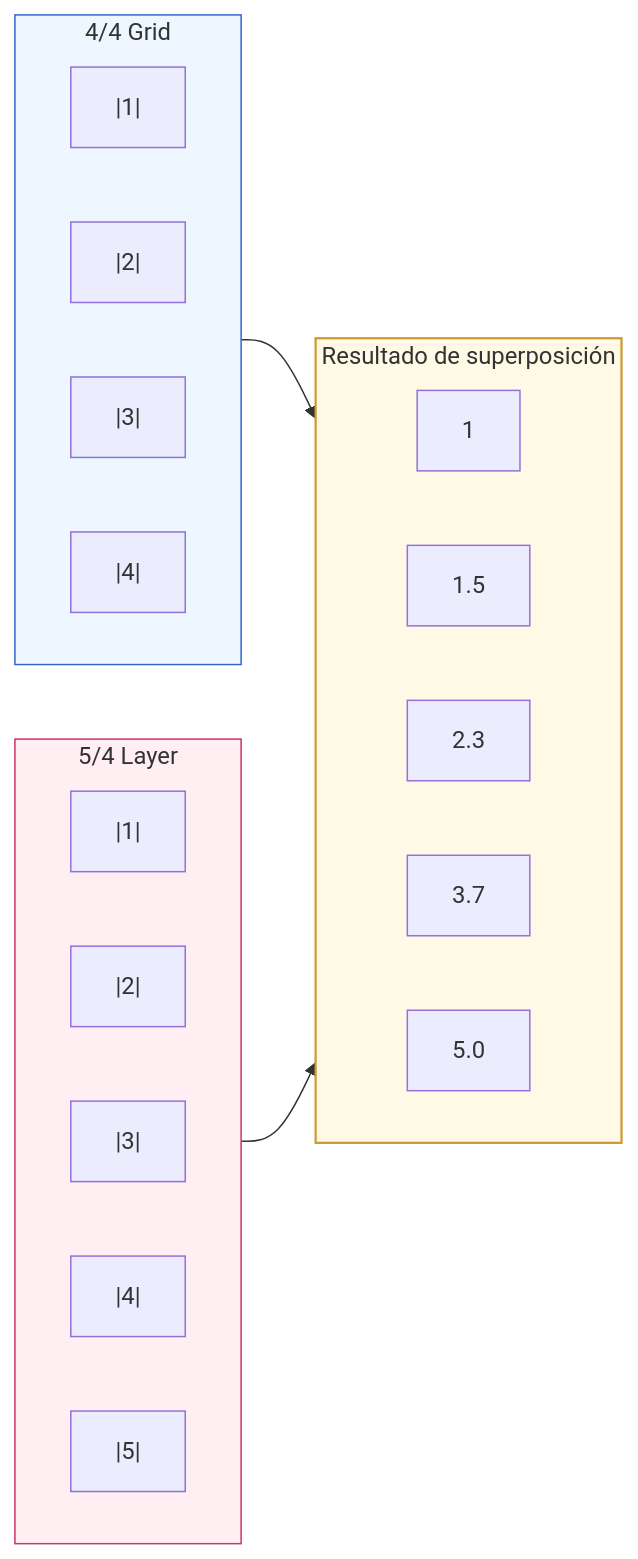
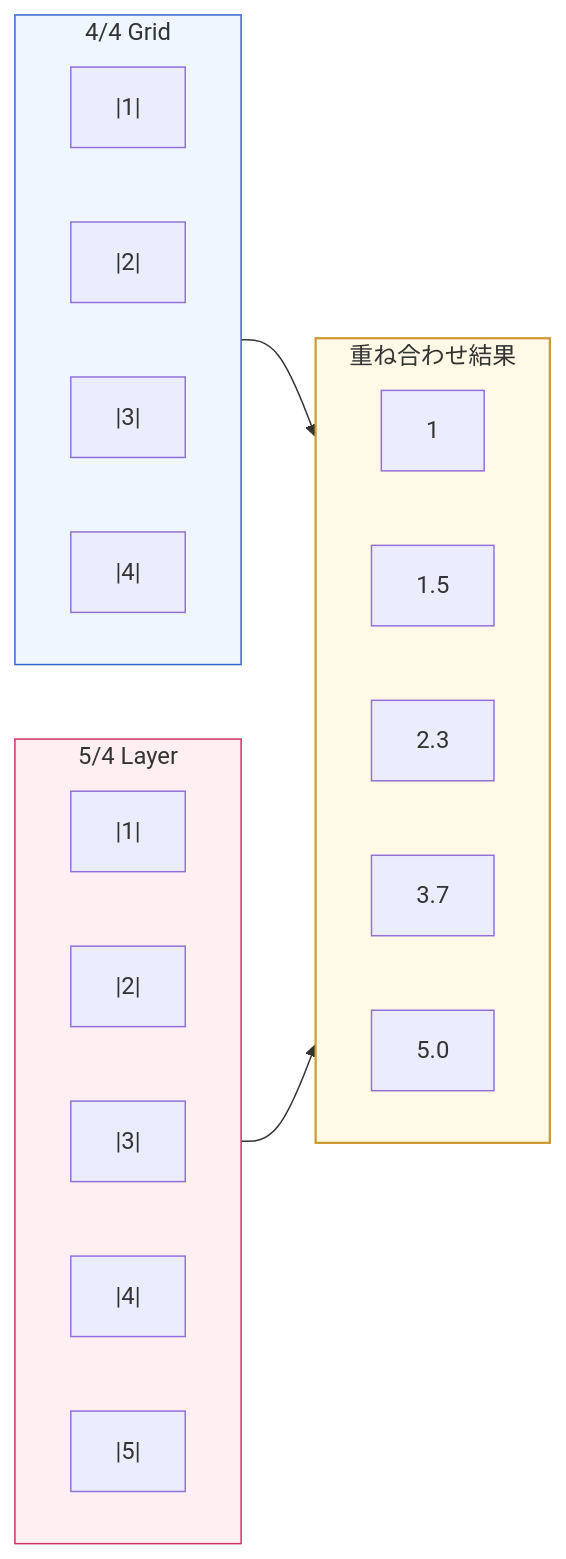
The sixth of 7 diagrams in es/_posts/2025-10-24-column-aphex_twin_evolution.md (monumental-movement/monumental-movement.github.io), drawn with Mermaid before and after one commit. The commit also changed other lines of this file and 299 other files, not shown here.

```diff
--- a/es/_posts/2025-10-24-column-aphex_twin_evolution.md
+++ b/es/_posts/2025-10-24-column-aphex_twin_evolution.md
@@ -386,37 +386,37 @@
 <div class="mermaid">
 
 graph LR
     subgraph EVEN["4/4 Grid"]
         direction LR
         E1["|1|"]
         E2["|2|"]
         E3["|3|"]
         E4["|4|"]
     end
 
     subgraph ODD["5/4 Layer"]
         direction LR
         O1["|1|"]
         O2["|2|"]
         O3["|3|"]
         O4["|4|"]
         O5["|5|"]
     end
 
-    subgraph RESULT["Resultado de superposición"]
+    subgraph RESULT["重ね合わせ結果"]
         direction LR
         R1["1"]
         R2["1.5"]
         R3["2.3"]
         R4["3.7"]
         R5["5.0"]
     end
 
     EVEN --> RESULT
     ODD --> RESULT
 
     style EVEN fill:#eef7ff,stroke:#3366cc,stroke-width:1px
     style ODD fill:#ffeef2,stroke:#cc3366,stroke-width:1px
     style RESULT fill:#fff9e6,stroke:#cc9933,stroke-width:1.5px
 
 </div>
```
